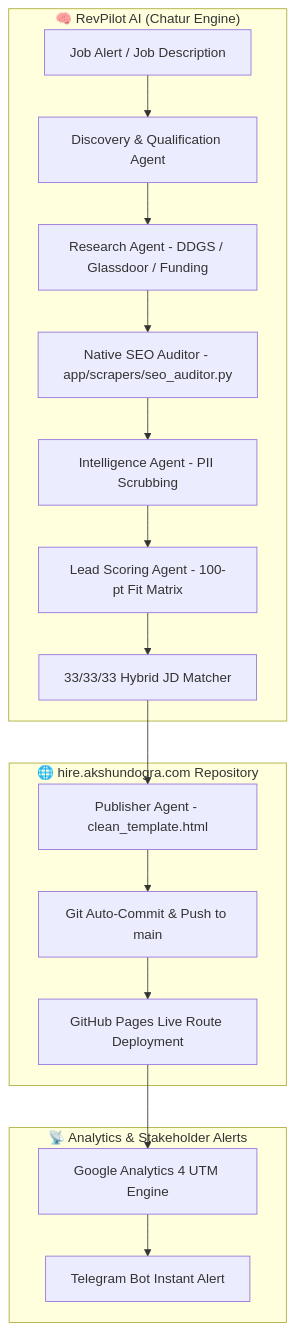
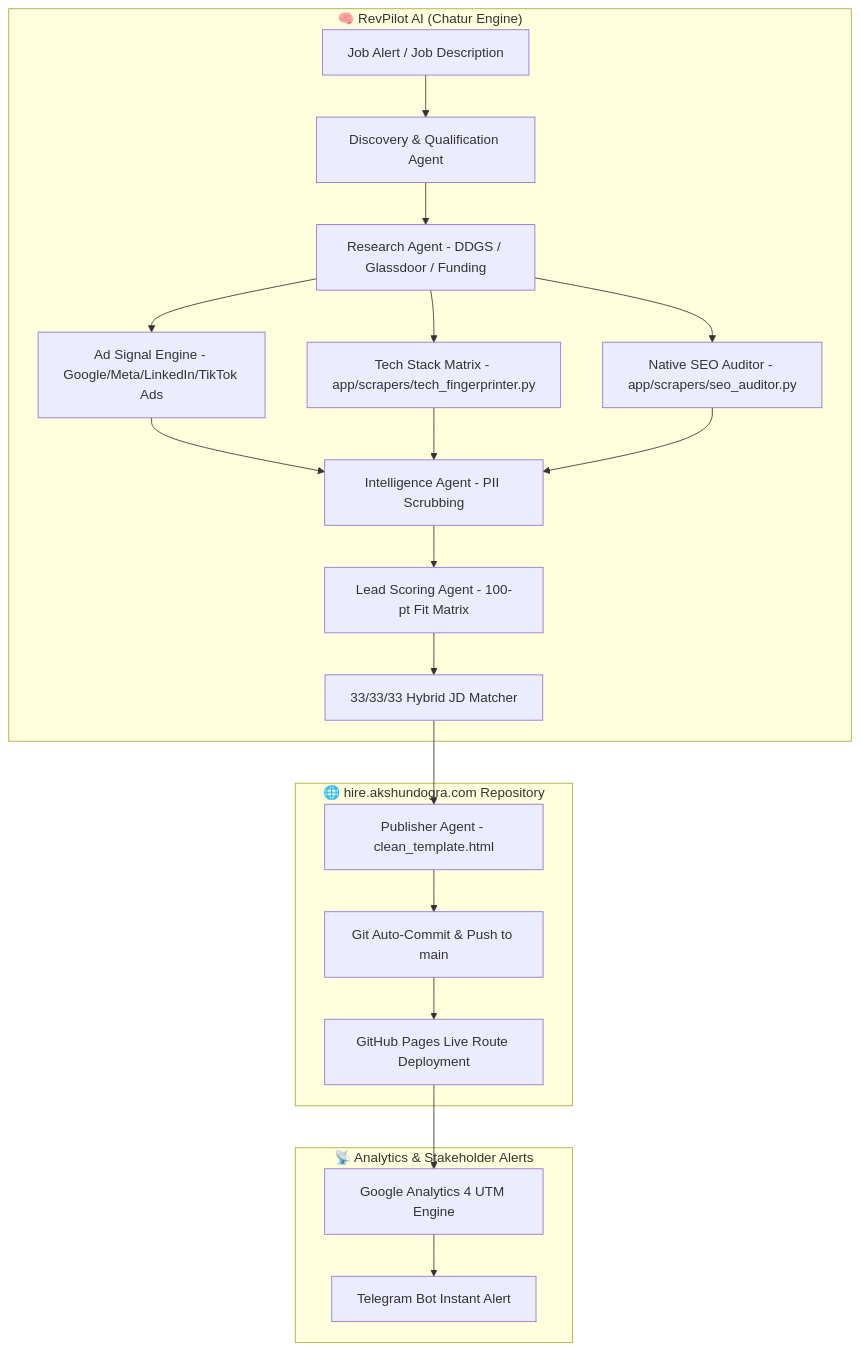
The third of 4 diagrams in README.md (akshundogra/hire), drawn with Mermaid before and after one commit. The commit also changed other lines of this file, not shown here.

Commit message:
docs: add 4 Growth Audit Pillars, Performance Marketing ad signals & Tech Stack fingerprinting matrix to README

````diff
--- a/README.md
+++ b/README.md
@@ -66,22 +81,26 @@
 ```mermaid
 graph TD
     subgraph Signal Intelligence Engine ["🧠 RevPilot AI (Chatur Engine)"]
         JD[Job Alert / Job Description] --> Discovery[Discovery & Qualification Agent]
         Discovery --> Research[Research Agent - DDGS / Glassdoor / Funding]
+        Research --> AdSignals[Ad Signal Engine - Google/Meta/LinkedIn/TikTok Ads]
+        Research --> TechFingerprint[Tech Stack Matrix - app/scrapers/tech_fingerprinter.py]
         Research --> SEOAudit[Native SEO Auditor - app/scrapers/seo_auditor.py]
-        SEOAudit --> Intel[Intelligence Agent - PII Scrubbing]
+        AdSignals --> Intel[Intelligence Agent - PII Scrubbing]
+        TechFingerprint --> Intel
+        SEOAudit --> Intel
         Intel --> Scoring[Lead Scoring Agent - 100-pt Fit Matrix]
         Scoring --> Matcher[33/33/33 Hybrid JD Matcher]
     end
 
     subgraph Publisher & Deployment ["🌐 hire.akshundogra.com Repository"]
         Matcher --> Publisher[Publisher Agent - clean_template.html]
         Publisher --> GitCommit[Git Auto-Commit & Push to main]
         GitCommit --> GHPages[GitHub Pages Live Route Deployment]
     end
 
     subgraph Real-Time Telemetry ["📡 Analytics & Stakeholder Alerts"]
         GHPages --> GA4[Google Analytics 4 UTM Engine]
         GA4 --> Telegram[Telegram Bot Instant Alert]
     end
 ```
````
